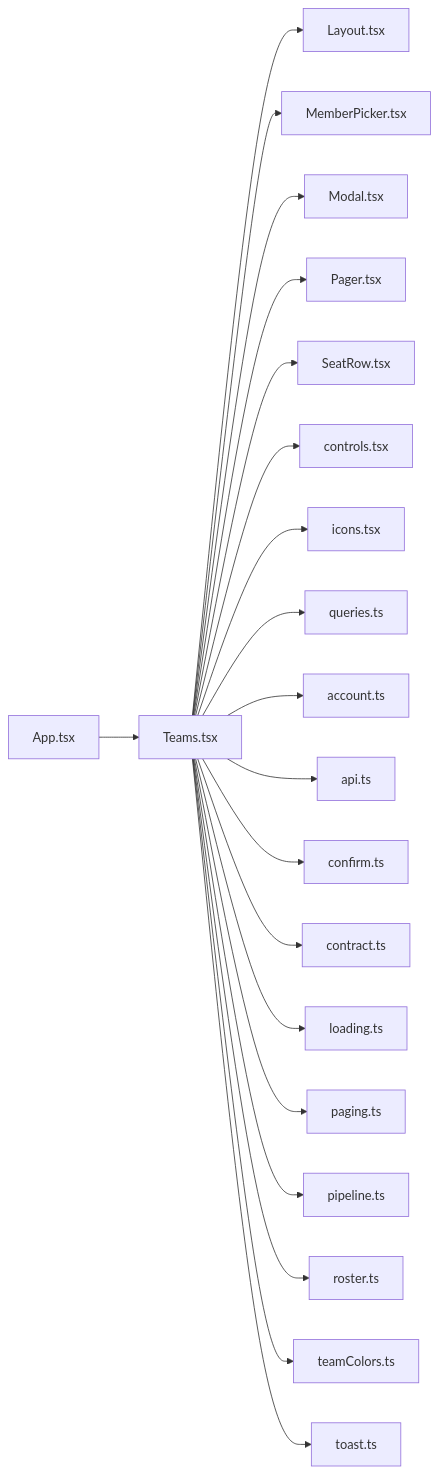
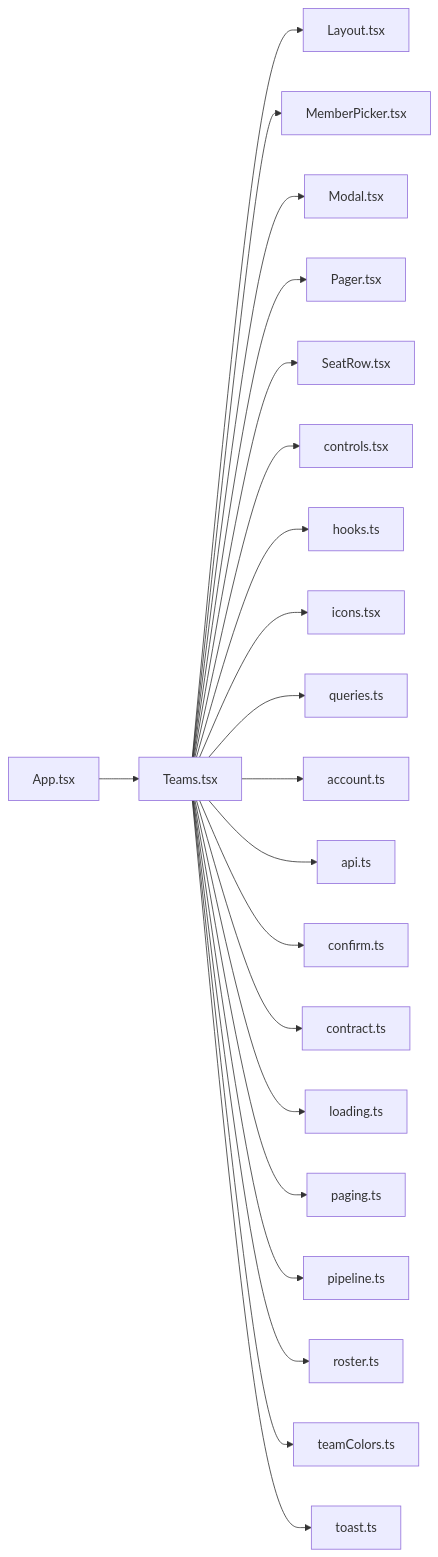
Before and after one commit to minkong-dev/Banblit: the diagram in .cluedoc/graph/frontend/src/routes/Teams.md, drawn with Mermaid. The commit also changed other lines of this file and 8 other files, not shown here.

````diff
--- a/.cluedoc/graph/frontend/src/routes/Teams.md
+++ b/.cluedoc/graph/frontend/src/routes/Teams.md
@@ -10,23 +10,24 @@
 ```mermaid
 flowchart LR
   frontend_src_routes_Teams["Teams.tsx"]
   frontend_src_routes_Teams --> frontend_src_components_Layout["Layout.tsx"]
   frontend_src_routes_Teams --> frontend_src_components_MemberPicker["MemberPicker.tsx"]
   frontend_src_routes_Teams --> frontend_src_components_Modal["Modal.tsx"]
   frontend_src_routes_Teams --> frontend_src_components_Pager["Pager.tsx"]
   frontend_src_routes_Teams --> frontend_src_components_SeatRow["SeatRow.tsx"]
   frontend_src_routes_Teams --> frontend_src_components_controls["controls.tsx"]
+  frontend_src_routes_Teams --> frontend_src_components_hooks["hooks.ts"]
   frontend_src_routes_Teams --> frontend_src_components_icons["icons.tsx"]
   frontend_src_routes_Teams --> frontend_src_components_queries["queries.ts"]
   frontend_src_routes_Teams --> frontend_src_lib_account["account.ts"]
   frontend_src_routes_Teams --> frontend_src_lib_api["api.ts"]
   frontend_src_routes_Teams --> frontend_src_lib_confirm["confirm.ts"]
   frontend_src_routes_Teams --> frontend_src_lib_contract["contract.ts"]
   frontend_src_routes_Teams --> frontend_src_lib_loading["loading.ts"]
   frontend_src_routes_Teams --> frontend_src_lib_paging["paging.ts"]
   frontend_src_routes_Teams --> frontend_src_lib_pipeline["pipeline.ts"]
   frontend_src_routes_Teams --> frontend_src_lib_roster["roster.ts"]
   frontend_src_routes_Teams --> frontend_src_lib_teamColors["teamColors.ts"]
   frontend_src_routes_Teams --> frontend_src_lib_toast["toast.ts"]
   frontend_src_App["App.tsx"] --> frontend_src_routes_Teams
 ```
````
